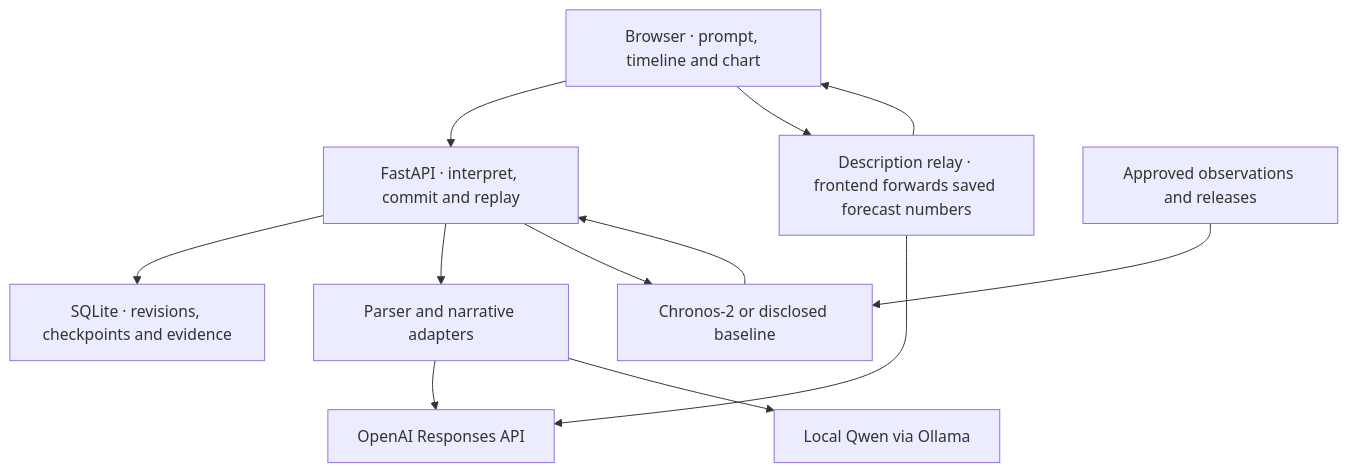
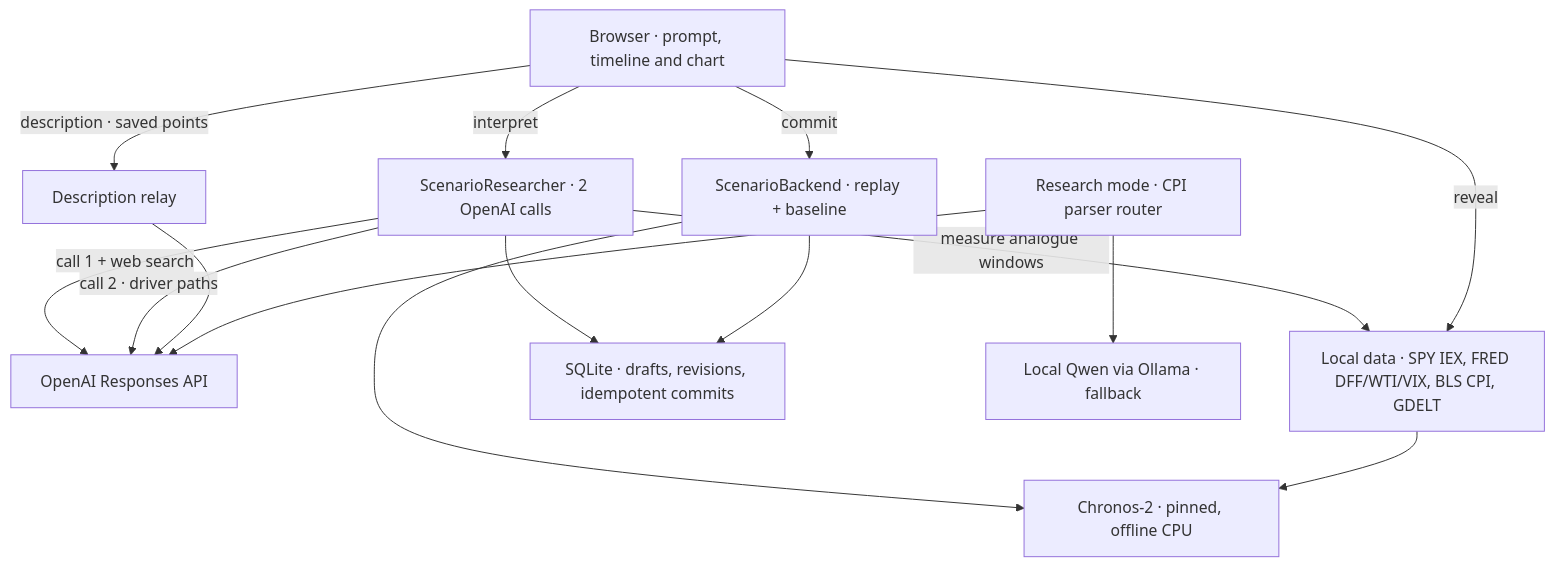
One commit to aashnakulsh/Kairos-HackTheBurgh changed the diagram in docs/architecture.md. Above: the diagram before and after it, drawn with Mermaid. The commit also changed other lines of this file, not shown here.

Commit message:
Change in architecture.md to include the backend part

````diff
--- a/docs/architecture.md
+++ b/docs/architecture.md
@@ -40,14 +85,17 @@
 ```mermaid
 flowchart TD
-    UI["Browser · prompt, timeline and chart"] --> API["FastAPI · interpret, commit and replay"]
-    UI --> RELAY["Description relay · frontend forwards saved forecast numbers"]
+    UI["Browser · prompt, timeline and chart"] -->|interpret| RES["ScenarioResearcher · 2 OpenAI calls"]
+    RES -->|"call 1 + web search"| OPEN["OpenAI Responses API"]
+    RES -->|"measure analogue windows"| DATA["Local data · SPY IEX, FRED DFF/WTI/VIX, BLS CPI, GDELT"]
+    RES -->|"call 2 · driver paths"| OPEN
+    RES --> DB["SQLite · drafts, revisions, idempotent commits"]
+    UI -->|commit| REPLAY["ScenarioBackend · replay + baseline"]
+    REPLAY --> FORECAST["Chronos-2 · pinned, offline CPU"]
+    DATA --> FORECAST
+    REPLAY --> DB
+    UI -->|"description · saved points"| RELAY["Description relay"]
     RELAY --> OPEN
-    RELAY --> UI
-    API --> DB["SQLite · revisions, checkpoints and evidence"]
-    API --> TEXT["Parser and narrative adapters"]
-    TEXT --> OPEN["OpenAI Responses API"]
-    TEXT --> LOCAL["Local Qwen via Ollama"]
-    API --> FORECAST["Chronos-2 or disclosed baseline"]
-    DATA["Approved observations and releases"] --> FORECAST
-    FORECAST --> API
+    UI -->|reveal| DATA
+    CPI["Research mode · CPI parser router"] --> OPEN
+    CPI --> LOCAL["Local Qwen via Ollama · fallback"]
 ```
````
